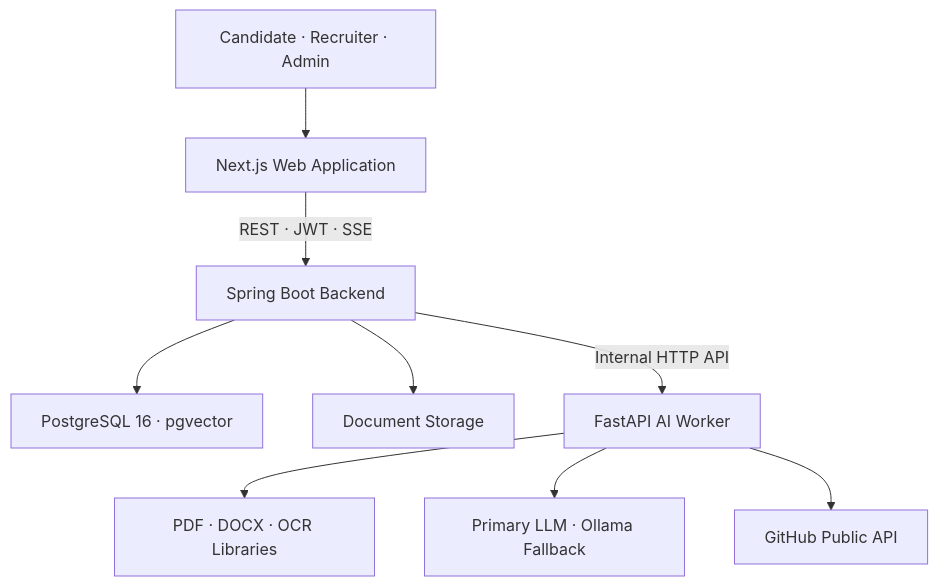
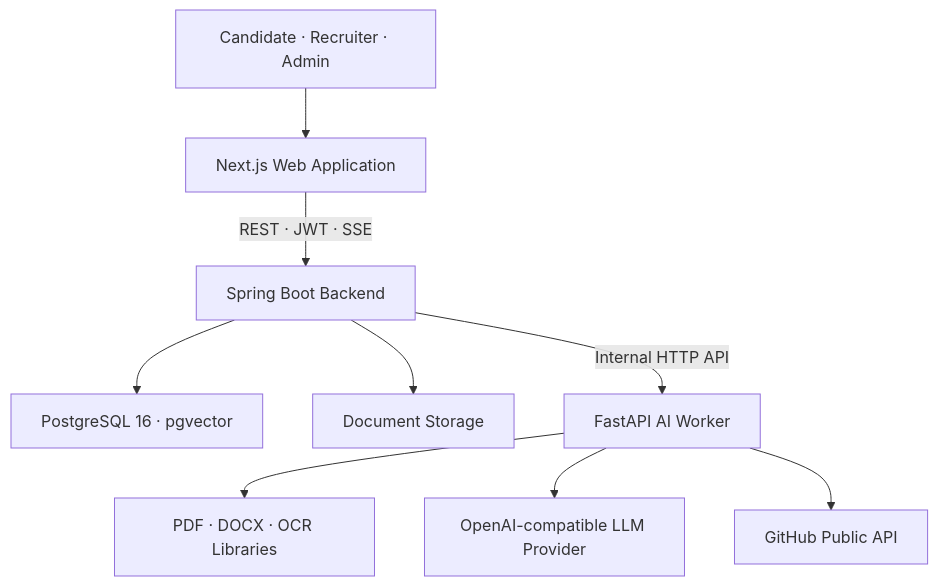
The third of 4 diagrams in README.md (vietkhang06/se121-midcv-ai-recruitment-platform), drawn with Mermaid before and after one commit. The commit also changed other lines of this file and 132 other files, not shown here.

````diff
--- a/README.md
+++ b/README.md
@@ -577,11 +569,11 @@
 ```mermaid
 flowchart TB
     U["Candidate · Recruiter · Admin"] --> FE["Next.js Web Application"]
     FE -->|"REST · JWT · SSE"| BE["Spring Boot Backend"]
     BE --> DB["PostgreSQL 16 · pgvector"]
     BE --> FS["Document Storage"]
     BE -->|"Internal HTTP API"| AI["FastAPI AI Worker"]
     AI --> LIB["PDF · DOCX · OCR Libraries"]
-    AI --> LLM["Primary LLM · Ollama Fallback"]
+    AI --> LLM["OpenAI-compatible LLM Provider"]
     AI --> GH["GitHub Public API"]
 ```
````
